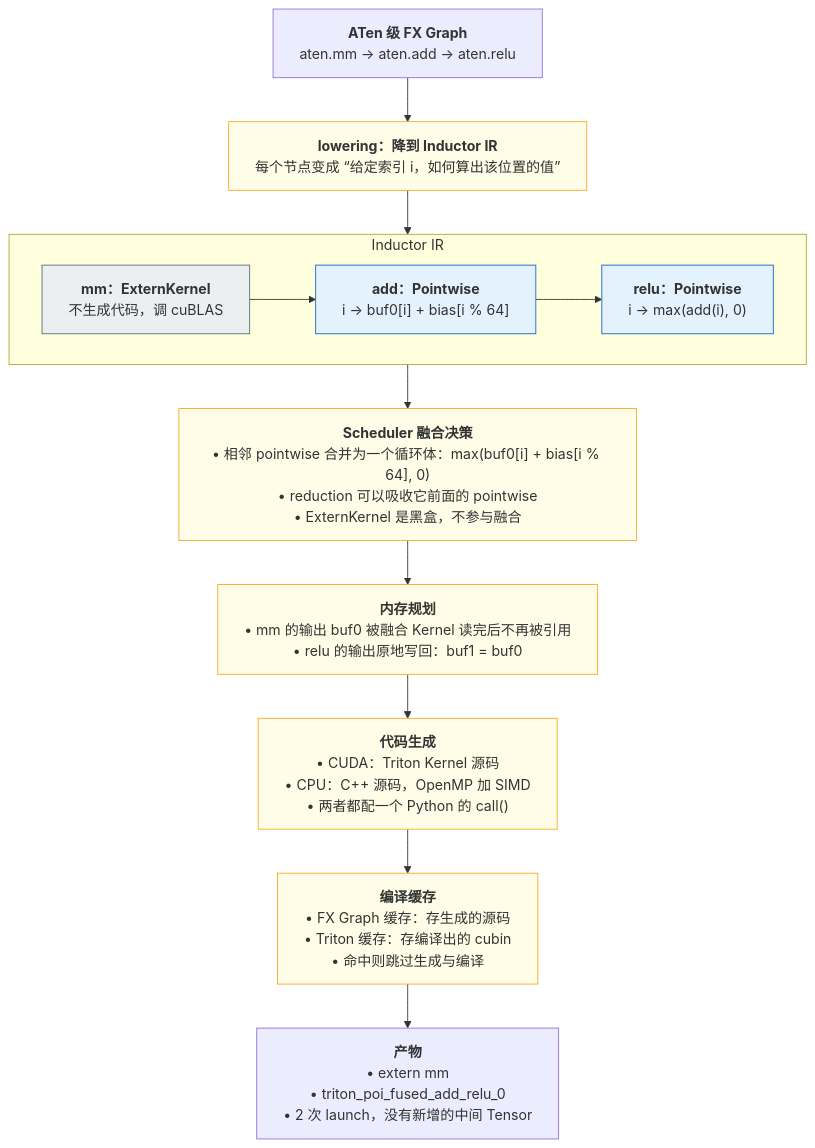
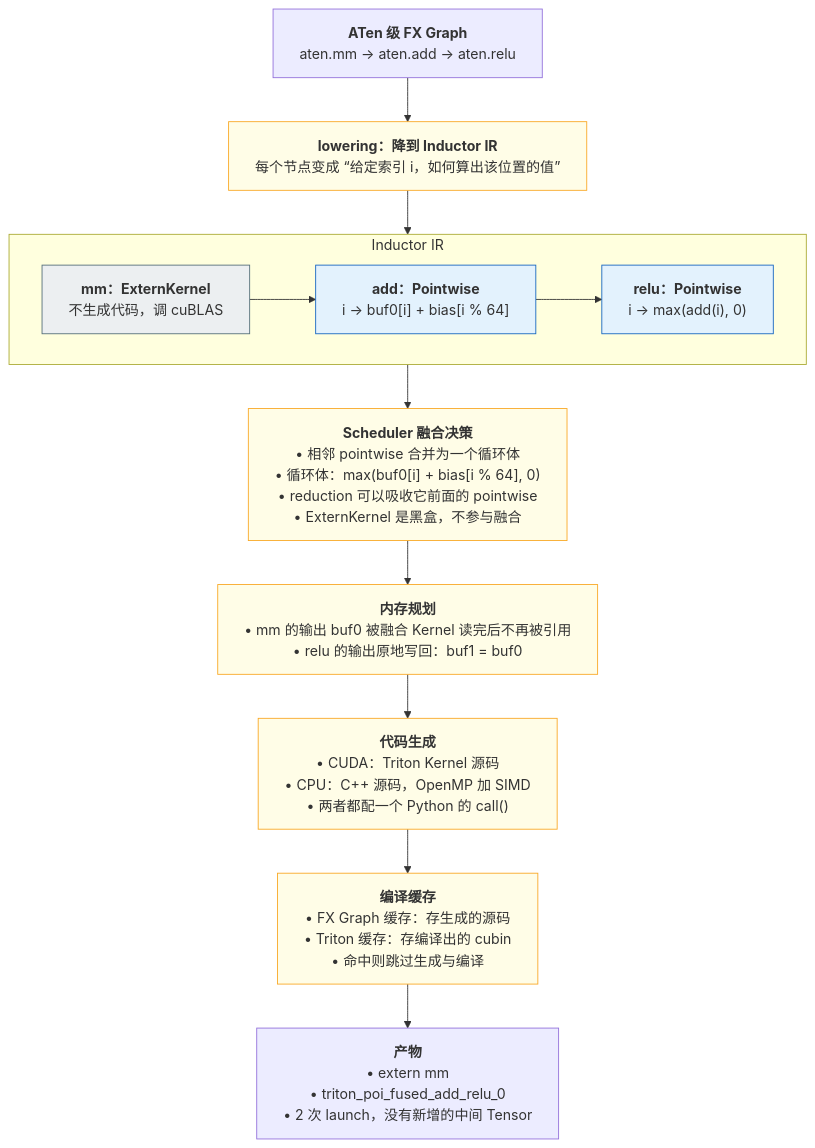
The seventh of 12 diagrams in _posts/2026-02-23-pytorch-compilation-and-graph-optimization.md (arganzheng/arganzheng.github.com), drawn with Mermaid before and after one commit.

Commit message:
PyTorch 编译执行与图优化：图 8 融合决策方框的循环体单列一项，避免折行（Discussion #372）

````diff
--- a/_posts/2026-02-23-pytorch-compilation-and-graph-optimization.md
+++ b/_posts/2026-02-23-pytorch-compilation-and-graph-optimization.md
@@ -847,25 +847,25 @@
 ```mermaid
 %%{init: {"flowchart": {"wrappingWidth": 460}}}%%
 %% 图：Inductor 的内部步骤：ATen 节点 lowering 到循环级 IR，Scheduler 把相邻 pointwise 融合成一个 kernel
 flowchart TB
     IN["<b>ATen 级 FX Graph</b><br/>aten.mm → aten.add → aten.relu"]
     IN --> LOW["<b>lowering：降到 Inductor IR</b><br/>每个节点变成 “给定索引 i，如何算出该位置的值”"]
     LOW --> IR
     subgraph IR["Inductor IR"]
         EK["<b>mm：ExternKernel</b><br/>不生成代码，调 cuBLAS"]
         PW1["<b>add：Pointwise</b><br/>i → buf0#91;i#93; + bias#91;i % 64#93;"]
         PW2["<b>relu：Pointwise</b><br/>i → max(add(i), 0)"]
         EK --> PW1 --> PW2
     end
-    IR --> SCH["<b>Scheduler 融合决策</b><br/>• 相邻 pointwise 合并为一个循环体：max(buf0#91;i#93; + bias#91;i % 64#93;, 0)<br/>• reduction 可以吸收它前面的 pointwise<br/>• ExternKernel 是黑盒，不参与融合"]
+    IR --> SCH["<b>Scheduler 融合决策</b><br/>• 相邻 pointwise 合并为一个循环体<br/>• 循环体：max(buf0#91;i#93; + bias#91;i % 64#93;, 0)<br/>• reduction 可以吸收它前面的 pointwise<br/>• ExternKernel 是黑盒，不参与融合"]
     SCH --> MEM["<b>内存规划</b><br/>• mm 的输出 buf0 被融合 Kernel 读完后不再被引用<br/>• relu 的输出原地写回：buf1 = buf0"]
     MEM --> CG["<b>代码生成</b><br/>• CUDA：Triton Kernel 源码<br/>• CPU：C++ 源码，OpenMP 加 SIMD<br/>• 两者都配一个 Python 的 call()"]
     CG --> CC["<b>编译缓存</b><br/>• FX Graph 缓存：存生成的源码<br/>• Triton 缓存：存编译出的 cubin<br/>• 命中则跳过生成与编译"]
     CC --> OUT["<b>产物</b><br/>• extern mm<br/>• triton_poi_fused_add_relu_0<br/>• 2 次 launch，没有新增的中间 Tensor"]
     classDef ext fill:#eceff1,stroke:#546e7a;
     classDef pw fill:#e3f2fd,stroke:#1565c0;
     classDef stage fill:#fffde7,stroke:#f9a825;
     class EK ext;
     class PW1,PW2 pw;
     class LOW,SCH,MEM,CG,CC stage;
 ```
````
